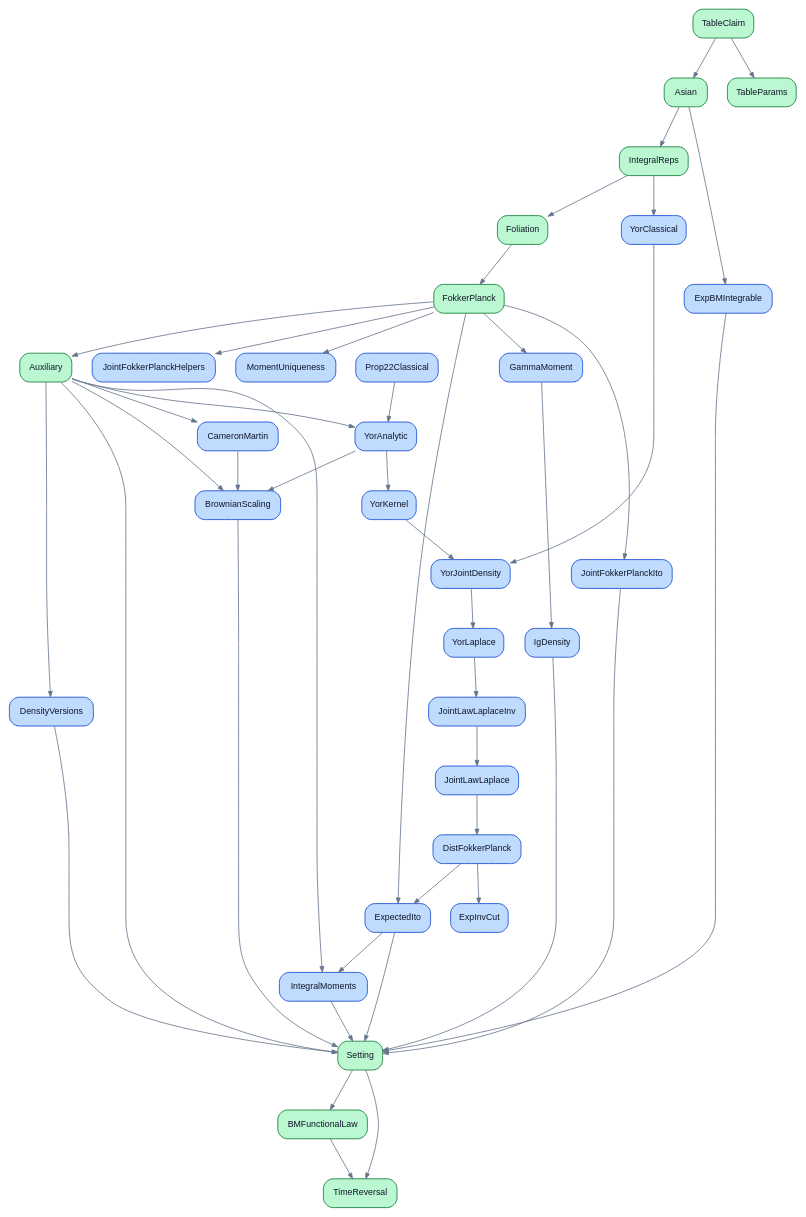
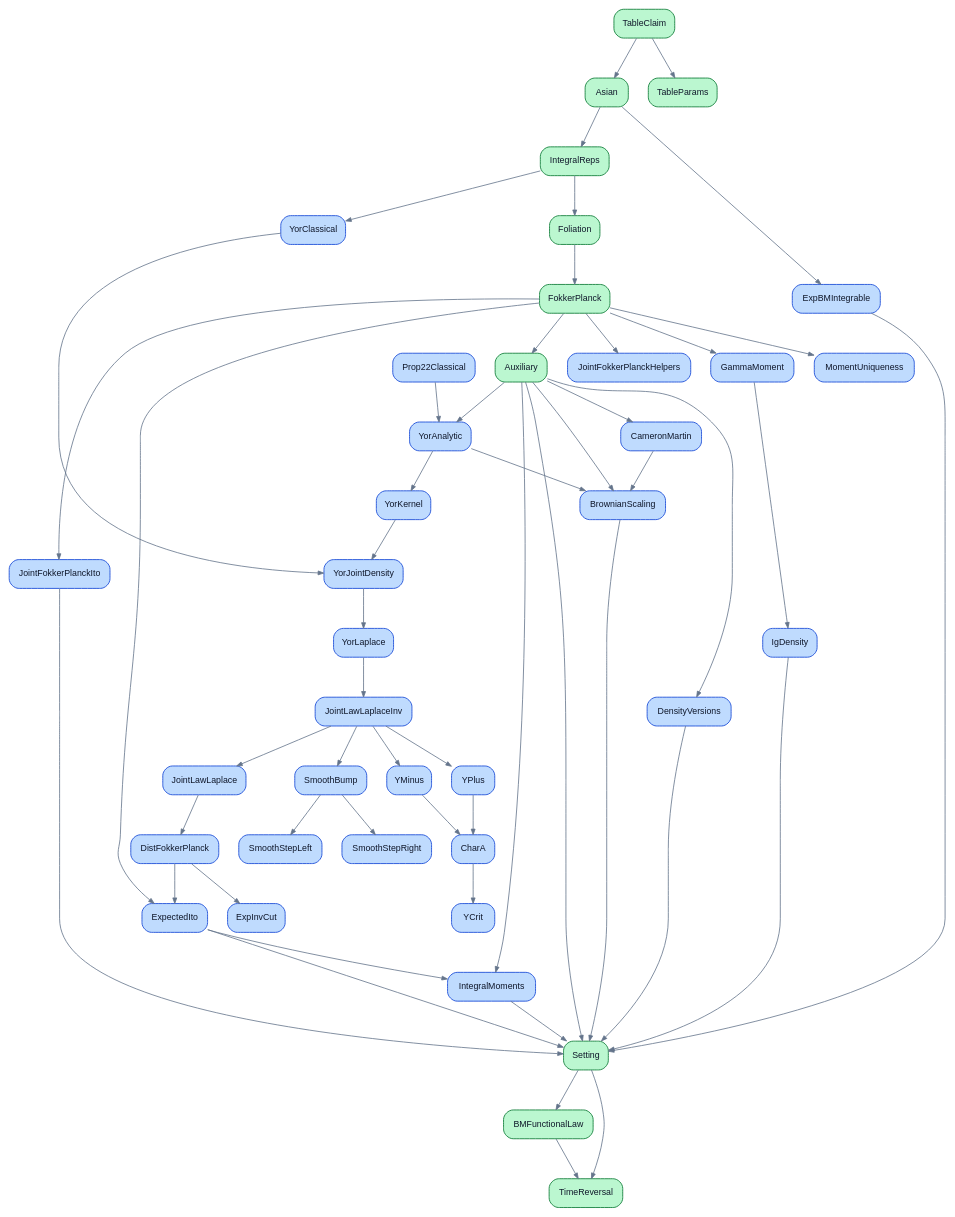
The diagram in Lyasoff2016_files.dot (catskillsresearch/lyasoff2016), drawn with Graphviz before and after one commit. The commit also changed 10 other files, not shown here.

First line of the commit message:
Split JointLawLaplaceInv helpers into CharA/YCrit/YPlus/YMinus and smooth cutoff modules.

```diff
--- a/Lyasoff2016_files.dot
+++ b/Lyasoff2016_files.dot
@@ -1,79 +1,94 @@
 digraph Lyasoff2016_files {
   graph [rankdir=TB, bgcolor="white", fontname="Helvetica", nodesep=0.35, ranksep=0.7, splines=true];
   node  [shape=box, style="rounded,filled", fontname="Helvetica", fontsize=11, fontcolor="#0f172a", penwidth=1.1];
   edge  [color="#64748b", arrowsize=0.7, penwidth=1.0];
   "Lyasoff2016.Asian" [label="Asian", fillcolor="#bbf7d0", color="#15803d"];
   "Lyasoff2016.Auxiliary" [label="Auxiliary", fillcolor="#bbf7d0", color="#15803d"];
   "Lyasoff2016.BMFunctionalLaw" [label="BMFunctionalLaw", fillcolor="#bbf7d0", color="#15803d"];
   "Lyasoff2016.BrownianScaling" [label="BrownianScaling", fillcolor="#bfdbfe", color="#1d4ed8"];
   "Lyasoff2016.CameronMartin" [label="CameronMartin", fillcolor="#bfdbfe", color="#1d4ed8"];
+  "Lyasoff2016.CharA" [label="CharA", fillcolor="#bfdbfe", color="#1d4ed8"];
   "Lyasoff2016.DensityVersions" [label="DensityVersions", fillcolor="#bfdbfe", color="#1d4ed8"];
   "Lyasoff2016.DistFokkerPlanck" [label="DistFokkerPlanck", fillcolor="#bfdbfe", color="#1d4ed8"];
   "Lyasoff2016.ExpBMIntegrable" [label="ExpBMIntegrable", fillcolor="#bfdbfe", color="#1d4ed8"];
   "Lyasoff2016.ExpInvCut" [label="ExpInvCut", fillcolor="#bfdbfe", color="#1d4ed8"];
   "Lyasoff2016.ExpectedIto" [label="ExpectedIto", fillcolor="#bfdbfe", color="#1d4ed8"];
   "Lyasoff2016.FokkerPlanck" [label="FokkerPlanck", fillcolor="#bbf7d0", color="#15803d"];
   "Lyasoff2016.Foliation" [label="Foliation", fillcolor="#bbf7d0", color="#15803d"];
   "Lyasoff2016.GammaMoment" [label="GammaMoment", fillcolor="#bfdbfe", color="#1d4ed8"];
   "Lyasoff2016.IgDensity" [label="IgDensity", fillcolor="#bfdbfe", color="#1d4ed8"];
   "Lyasoff2016.IntegralMoments" [label="IntegralMoments", fillcolor="#bfdbfe", color="#1d4ed8"];
   "Lyasoff2016.IntegralReps" [label="IntegralReps", fillcolor="#bbf7d0", color="#15803d"];
   "Lyasoff2016.JointFokkerPlanckHelpers" [label="JointFokkerPlanckHelpers", fillcolor="#bfdbfe", color="#1d4ed8"];
   "Lyasoff2016.JointFokkerPlanckIto" [label="JointFokkerPlanckIto", fillcolor="#bfdbfe", color="#1d4ed8"];
   "Lyasoff2016.JointLawLaplace" [label="JointLawLaplace", fillcolor="#bfdbfe", color="#1d4ed8"];
   "Lyasoff2016.JointLawLaplaceInv" [label="JointLawLaplaceInv", fillcolor="#bfdbfe", color="#1d4ed8"];
   "Lyasoff2016.MomentUniqueness" [label="MomentUniqueness", fillcolor="#bfdbfe", color="#1d4ed8"];
   "Lyasoff2016.Prop22Classical" [label="Prop22Classical", fillcolor="#bfdbfe", color="#1d4ed8"];
   "Lyasoff2016.Setting" [label="Setting", fillcolor="#bbf7d0", color="#15803d"];
+  "Lyasoff2016.SmoothBump" [label="SmoothBump", fillcolor="#bfdbfe", color="#1d4ed8"];
+  "Lyasoff2016.SmoothStepLeft" [label="SmoothStepLeft", fillcolor="#bfdbfe", color="#1d4ed8"];
+  "Lyasoff2016.SmoothStepRight" [label="SmoothStepRight", fillcolor="#bfdbfe", color="#1d4ed8"];
   "Lyasoff2016.TableClaim" [label="TableClaim", fillcolor="#bbf7d0", color="#15803d"];
   "Lyasoff2016.TableParams" [label="TableParams", fillcolor="#bbf7d0", color="#15803d"];
   "Lyasoff2016.TimeReversal" [label="TimeReversal", fillcolor="#bbf7d0", color="#15803d"];
+  "Lyasoff2016.YCrit" [label="YCrit", fillcolor="#bfdbfe", color="#1d4ed8"];
+  "Lyasoff2016.YMinus" [label="YMinus", fillcolor="#bfdbfe", color="#1d4ed8"];
+  "Lyasoff2016.YPlus" [label="YPlus", fillcolor="#bfdbfe", color="#1d4ed8"];
   "Lyasoff2016.YorAnalytic" [label="YorAnalytic", fillcolor="#bfdbfe", color="#1d4ed8"];
   "Lyasoff2016.YorClassical" [label="YorClassical", fillcolor="#bfdbfe", color="#1d4ed8"];
   "Lyasoff2016.YorJointDensity" [label="YorJointDensity", fillcolor="#bfdbfe", color="#1d4ed8"];
   "Lyasoff2016.YorKernel" [label="YorKernel", fillcolor="#bfdbfe", color="#1d4ed8"];
   "Lyasoff2016.YorLaplace" [label="YorLaplace", fillcolor="#bfdbfe", color="#1d4ed8"];
   "Lyasoff2016.Asian" -> "Lyasoff2016.ExpBMIntegrable";
   "Lyasoff2016.Asian" -> "Lyasoff2016.IntegralReps";
   "Lyasoff2016.Auxiliary" -> "Lyasoff2016.BrownianScaling";
   "Lyasoff2016.Auxiliary" -> "Lyasoff2016.CameronMartin";
   "Lyasoff2016.Auxiliary" -> "Lyasoff2016.DensityVersions";
   "Lyasoff2016.Auxiliary" -> "Lyasoff2016.IntegralMoments";
   "Lyasoff2016.Auxiliary" -> "Lyasoff2016.Setting";
   "Lyasoff2016.Auxiliary" -> "Lyasoff2016.YorAnalytic";
   "Lyasoff2016.BMFunctionalLaw" -> "Lyasoff2016.TimeReversal";
   "Lyasoff2016.BrownianScaling" -> "Lyasoff2016.Setting";
   "Lyasoff2016.CameronMartin" -> "Lyasoff2016.BrownianScaling";
+  "Lyasoff2016.CharA" -> "Lyasoff2016.YCrit";
   "Lyasoff2016.DensityVersions" -> "Lyasoff2016.Setting";
   "Lyasoff2016.DistFokkerPlanck" -> "Lyasoff2016.ExpInvCut";
   "Lyasoff2016.DistFokkerPlanck" -> "Lyasoff2016.ExpectedIto";
   "Lyasoff2016.ExpBMIntegrable" -> "Lyasoff2016.Setting";
   "Lyasoff2016.ExpectedIto" -> "Lyasoff2016.IntegralMoments";
   "Lyasoff2016.ExpectedIto" -> "Lyasoff2016.Setting";
   "Lyasoff2016.FokkerPlanck" -> "Lyasoff2016.Auxiliary";
   "Lyasoff2016.FokkerPlanck" -> "Lyasoff2016.ExpectedIto";
   "Lyasoff2016.FokkerPlanck" -> "Lyasoff2016.GammaMoment";
   "Lyasoff2016.FokkerPlanck" -> "Lyasoff2016.JointFokkerPlanckHelpers";
   "Lyasoff2016.FokkerPlanck" -> "Lyasoff2016.JointFokkerPlanckIto";
   "Lyasoff2016.FokkerPlanck" -> "Lyasoff2016.MomentUniqueness";
   "Lyasoff2016.Foliation" -> "Lyasoff2016.FokkerPlanck";
   "Lyasoff2016.GammaMoment" -> "Lyasoff2016.IgDensity";
   "Lyasoff2016.IgDensity" -> "Lyasoff2016.Setting";
   "Lyasoff2016.IntegralMoments" -> "Lyasoff2016.Setting";
   "Lyasoff2016.IntegralReps" -> "Lyasoff2016.Foliation";
   "Lyasoff2016.IntegralReps" -> "Lyasoff2016.YorClassical";
   "Lyasoff2016.JointFokkerPlanckIto" -> "Lyasoff2016.Setting";
   "Lyasoff2016.JointLawLaplace" -> "Lyasoff2016.DistFokkerPlanck";
   "Lyasoff2016.JointLawLaplaceInv" -> "Lyasoff2016.JointLawLaplace";
+  "Lyasoff2016.JointLawLaplaceInv" -> "Lyasoff2016.SmoothBump";
+  "Lyasoff2016.JointLawLaplaceInv" -> "Lyasoff2016.YMinus";
+  "Lyasoff2016.JointLawLaplaceInv" -> "Lyasoff2016.YPlus";
   "Lyasoff2016.Prop22Classical" -> "Lyasoff2016.YorAnalytic";
   "Lyasoff2016.Setting" -> "Lyasoff2016.BMFunctionalLaw";
   "Lyasoff2016.Setting" -> "Lyasoff2016.TimeReversal";
+  "Lyasoff2016.SmoothBump" -> "Lyasoff2016.SmoothStepLeft";
+  "Lyasoff2016.SmoothBump" -> "Lyasoff2016.SmoothStepRight";
   "Lyasoff2016.TableClaim" -> "Lyasoff2016.Asian";
   "Lyasoff2016.TableClaim" -> "Lyasoff2016.TableParams";
+  "Lyasoff2016.YMinus" -> "Lyasoff2016.CharA";
+  "Lyasoff2016.YPlus" -> "Lyasoff2016.CharA";
   "Lyasoff2016.YorAnalytic" -> "Lyasoff2016.BrownianScaling";
   "Lyasoff2016.YorAnalytic" -> "Lyasoff2016.YorKernel";
   "Lyasoff2016.YorClassical" -> "Lyasoff2016.YorJointDensity";
   "Lyasoff2016.YorJointDensity" -> "Lyasoff2016.YorLaplace";
   "Lyasoff2016.YorKernel" -> "Lyasoff2016.YorJointDensity";
   "Lyasoff2016.YorLaplace" -> "Lyasoff2016.JointLawLaplaceInv";
 }
```
